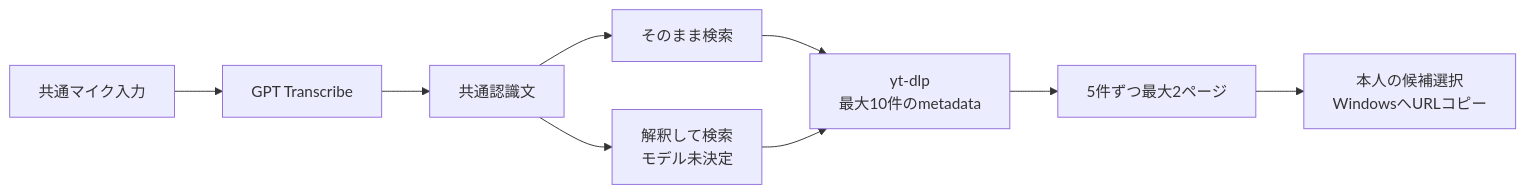
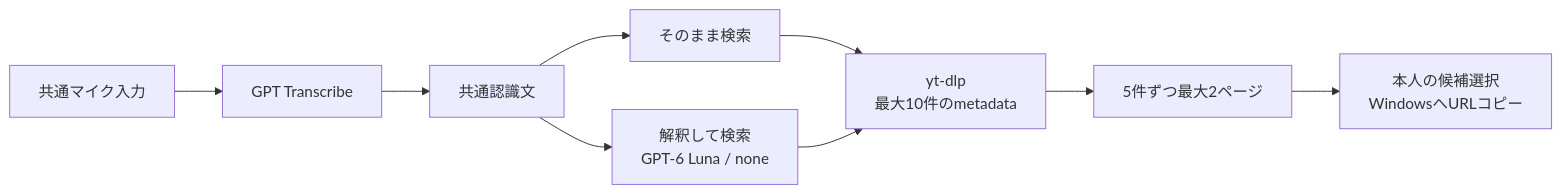
Before and after one commit to Na2ki-BB/vrchat-visual-assistant: the diagram in docs/DESIGN-VIDEO-SEARCH.md, drawn with Mermaid. The commit also changed other lines of this file and 3 other files, not shown here.

````diff
--- a/docs/DESIGN-VIDEO-SEARCH.md
+++ b/docs/DESIGN-VIDEO-SEARCH.md
@@ -136,11 +137,11 @@
 ```mermaid
 flowchart LR
     M[共通マイク入力] --> T[GPT Transcribe]
     T --> X[共通認識文]
     X --> D[そのまま検索]
-    X --> I[解釈して検索<br/>モデル未決定]
+    X --> I[解釈して検索<br/>GPT-6 Luna / none]
     D --> Y[yt-dlp<br/>最大10件のmetadata]
     I --> Y
     Y --> R[5件ずつ最大2ページ]
     R --> C[本人の候補選択<br/>WindowsへURLコピー]
 ```
````
